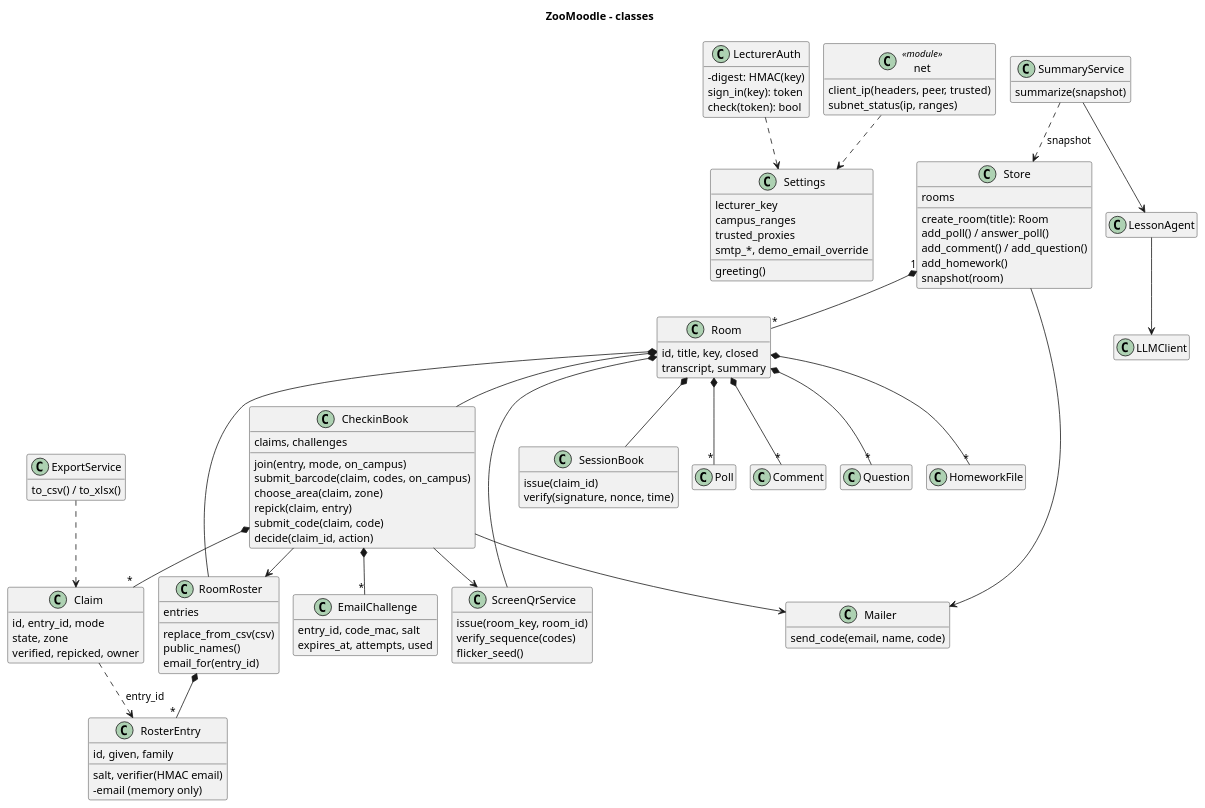
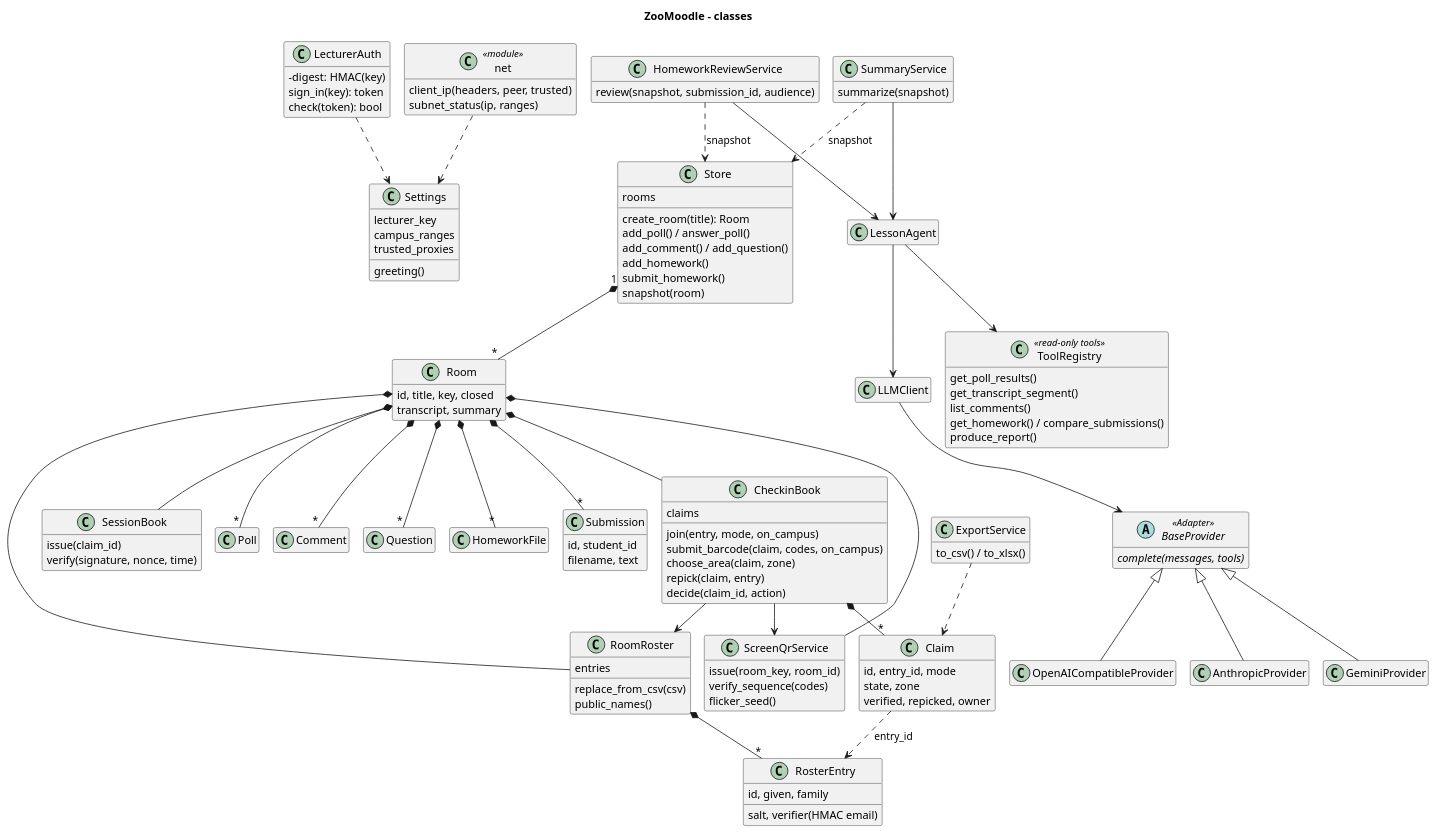
One commit to Haim-Barby/ZooMoodle changed the diagram in docs/diagrams/classes.puml. Above: the diagram before and after it, drawn with PlantUML. The commit also changed 46 other files, not shown here.

```diff
--- a/docs/diagrams/classes.puml
+++ b/docs/diagrams/classes.puml
@@ -1,112 +1,127 @@
 @startuml classes
 !pragma layout smetana
 title ZooMoodle – classes
 skinparam classAttributeIconSize 0
 hide empty members
 
 class Settings {
   lecturer_key
   campus_ranges
   trusted_proxies
-  smtp_*, demo_email_override
   greeting()
 }
 class LecturerAuth {
   -digest: HMAC(key)
   sign_in(key): token
   check(token): bool
 }
 class Store {
   rooms
   create_room(title): Room
   add_poll() / answer_poll()
   add_comment() / add_question()
   add_homework()
+  submit_homework()
   snapshot(room)
 }
 class Room {
   id, title, key, closed
   transcript, summary
 }
 class RoomRoster {
   entries
   replace_from_csv(csv)
   public_names()
-  email_for(entry_id)
 }
 class RosterEntry {
   id, given, family
   salt, verifier(HMAC email)
-  -email (memory only)
 }
 class CheckinBook {
-  claims, challenges
+  claims
   join(entry, mode, on_campus)
   submit_barcode(claim, codes, on_campus)
   choose_area(claim, zone)
   repick(claim, entry)
-  submit_code(claim, code)
   decide(claim_id, action)
 }
 class Claim {
   id, entry_id, mode
   state, zone
   verified, repicked, owner
-}
-class EmailChallenge {
-  entry_id, code_mac, salt
-  expires_at, attempts, used
 }
 class ScreenQrService {
   issue(room_key, room_id)
   verify_sequence(codes)
   flicker_seed()
 }
 class SessionBook {
   issue(claim_id)
   verify(signature, nonce, time)
 }
-class Mailer {
-  send_code(email, name, code)
-}
 class "net" as Net <<module>> {
   client_ip(headers, peer, trusted)
   subnet_status(ip, ranges)
 }
 class Poll
 class Comment
 class Question
 class HomeworkFile
+class Submission {
+  id, student_id
+  filename, text
+}
+class HomeworkReviewService {
+  review(snapshot, submission_id, audience)
+}
+class ToolRegistry <<read-only tools>> {
+  get_poll_results()
+  get_transcript_segment()
+  list_comments()
+  get_homework() / compare_submissions()
+  produce_report()
+}
+abstract class BaseProvider <<Adapter>> {
+  {abstract} complete(messages, tools)
+}
+class OpenAICompatibleProvider
+class AnthropicProvider
+class GeminiProvider
 class SummaryService {
   summarize(snapshot)
 }
 class LessonAgent
 class LLMClient
 class ExportService {
   to_csv() / to_xlsx()
 }
 
 Store "1" *-- "*" Room
 Room *-- RoomRoster
 Room *-- CheckinBook
 Room *-- ScreenQrService
 Room *-- SessionBook
 Room *-- "*" Poll
 Room *-- "*" Comment
 Room *-- "*" Question
 Room *-- "*" HomeworkFile
+Room *-- "*" Submission
 RoomRoster *-- "*" RosterEntry
 CheckinBook *-- "*" Claim
-CheckinBook *-- "*" EmailChallenge
 CheckinBook --> ScreenQrService
 CheckinBook --> RoomRoster
-CheckinBook --> Mailer
 Claim ..> RosterEntry : entry_id
-Store --> Mailer
 SummaryService --> LessonAgent
+HomeworkReviewService --> LessonAgent
 LessonAgent --> LLMClient
+LessonAgent --> ToolRegistry
+LLMClient --> BaseProvider
+BaseProvider <|-- OpenAICompatibleProvider
+BaseProvider <|-- AnthropicProvider
+BaseProvider <|-- GeminiProvider
+HomeworkReviewService ..> Store : snapshot
 SummaryService ..> Store : snapshot
 ExportService ..> Claim
 LecturerAuth ..> Settings
 Net ..> Settings
 @enduml
```
